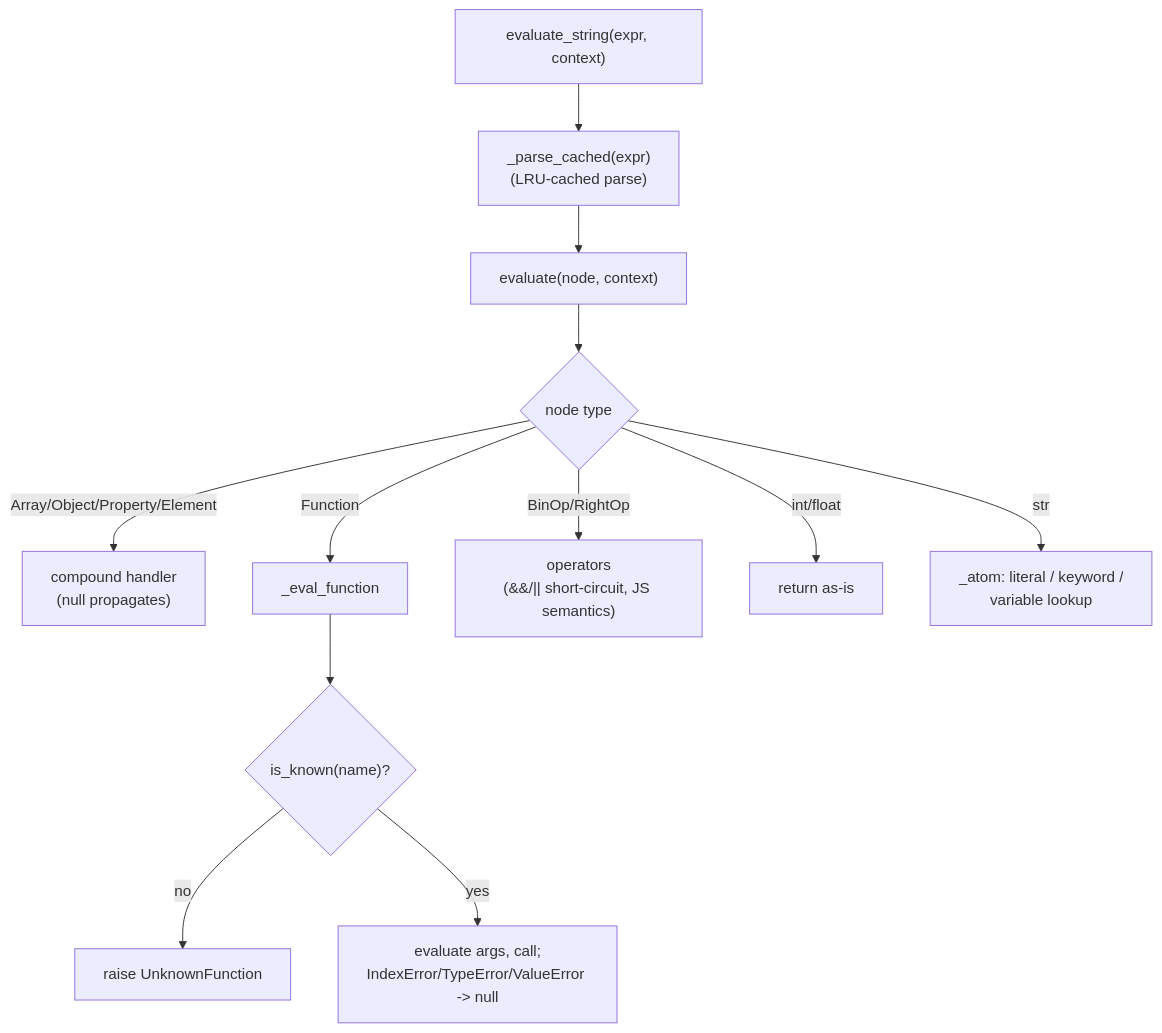
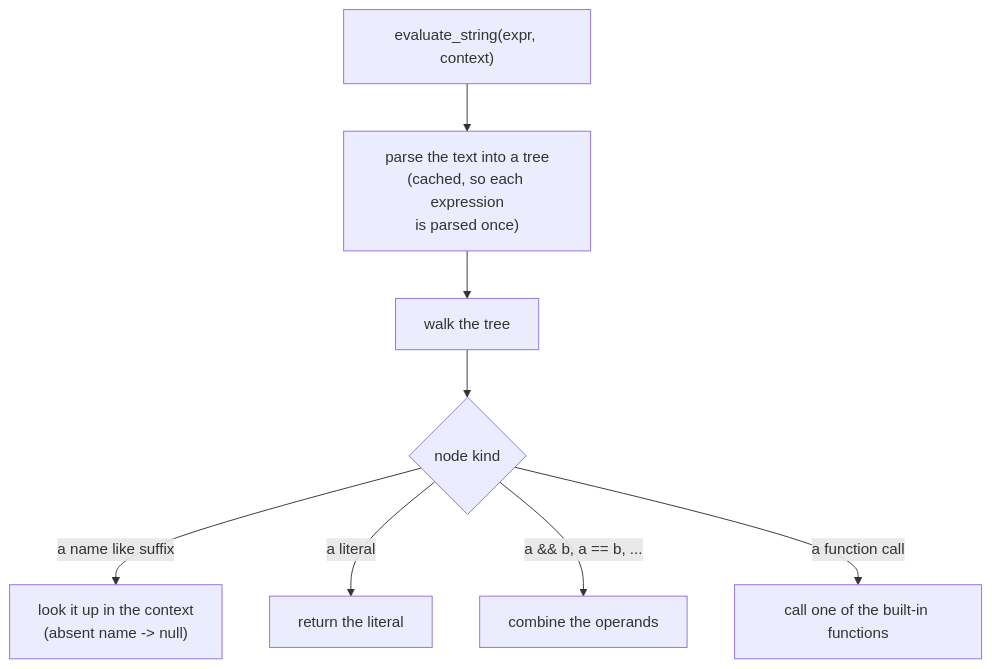
Before and after one commit to karellopez/python-validator: the fourth of 8 diagrams in docs/architecture.md, drawn with Mermaid. The commit also changed other lines of this file and 4 other files, not shown here.

First line of the commit message:
docs: add a "what changed" page and rewrite the architecture doc in plain prose

````diff
--- a/docs/architecture.md
+++ b/docs/architecture.md
@@ -248,14 +192,10 @@
 ```mermaid
 flowchart TD
-    S["evaluate_string(expr, context)"] --> P["_parse_cached(expr)<br/>(LRU-cached parse)"]
-    P --> E["evaluate(node, context)"]
-    E --> D{"node type"}
-    D -- "Array/Object/Property/Element" --> COMP["compound handler<br/>(null propagates)"]
-    D -- "Function" --> FN["_eval_function"]
-    D -- "BinOp/RightOp" --> OP["operators<br/>(&&/|| short-circuit, JS semantics)"]
-    D -- "int/float" --> NUM["return as-is"]
-    D -- "str" --> ATOM["_atom: literal / keyword /<br/>variable lookup"]
-    FN --> KNOWN{"is_known(name)?"}
-    KNOWN -- no --> UF["raise UnknownFunction"]
-    KNOWN -- yes --> CALL["evaluate args, call;<br/>IndexError/TypeError/ValueError -> null"]
+    S["evaluate_string(expr, context)"] --> P["parse the text into a tree<br/>(cached, so each expression<br/>is parsed once)"]
+    P --> E["walk the tree"]
+    E --> D{"node kind"}
+    D -- "a name like suffix" --> LK["look it up in the context<br/>(absent name -> null)"]
+    D -- "a literal" --> LIT["return the literal"]
+    D -- "a && b, a == b, ..." --> OP["combine the operands"]
+    D -- "a function call" --> FN["call one of the built-in functions"]
 ```
````
